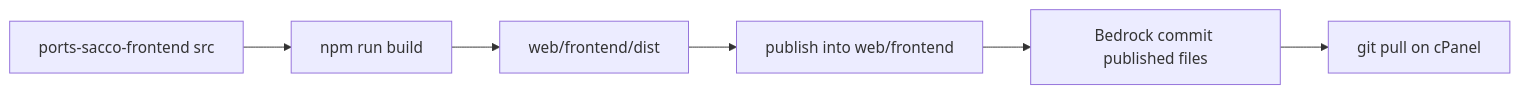
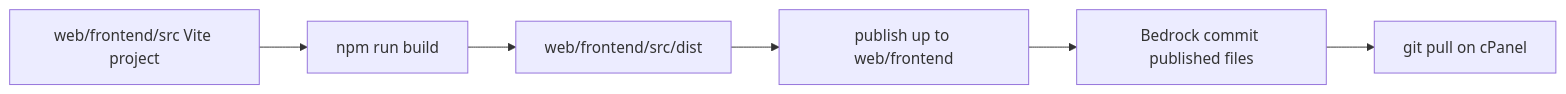
One commit to jkkenzie/ports-sacco-backend changed the diagram in README.md. Above: the diagram before and after it, drawn with Mermaid. The commit also changed other lines of this file and 11 other files, not shown here.

First line of the commit message:
Publish SPA from web/frontend/src build into web/frontend.

````diff
--- a/README.md
+++ b/README.md
@@ -12,8 +12,8 @@
 ```mermaid
 flowchart LR
-  srcRepo[ports-sacco-frontend src] --> build[npm run build]
-  build --> dist[web/frontend/dist]
-  dist --> publish[publish into web/frontend]
+  srcRepo["web/frontend/src Vite project"] --> build[npm run build]
+  build --> dist["web/frontend/src/dist"]
+  dist --> publish["publish up to web/frontend"]
   publish --> bedrock[Bedrock commit published files]
   bedrock --> server[git pull on cPanel]
 ```
````
